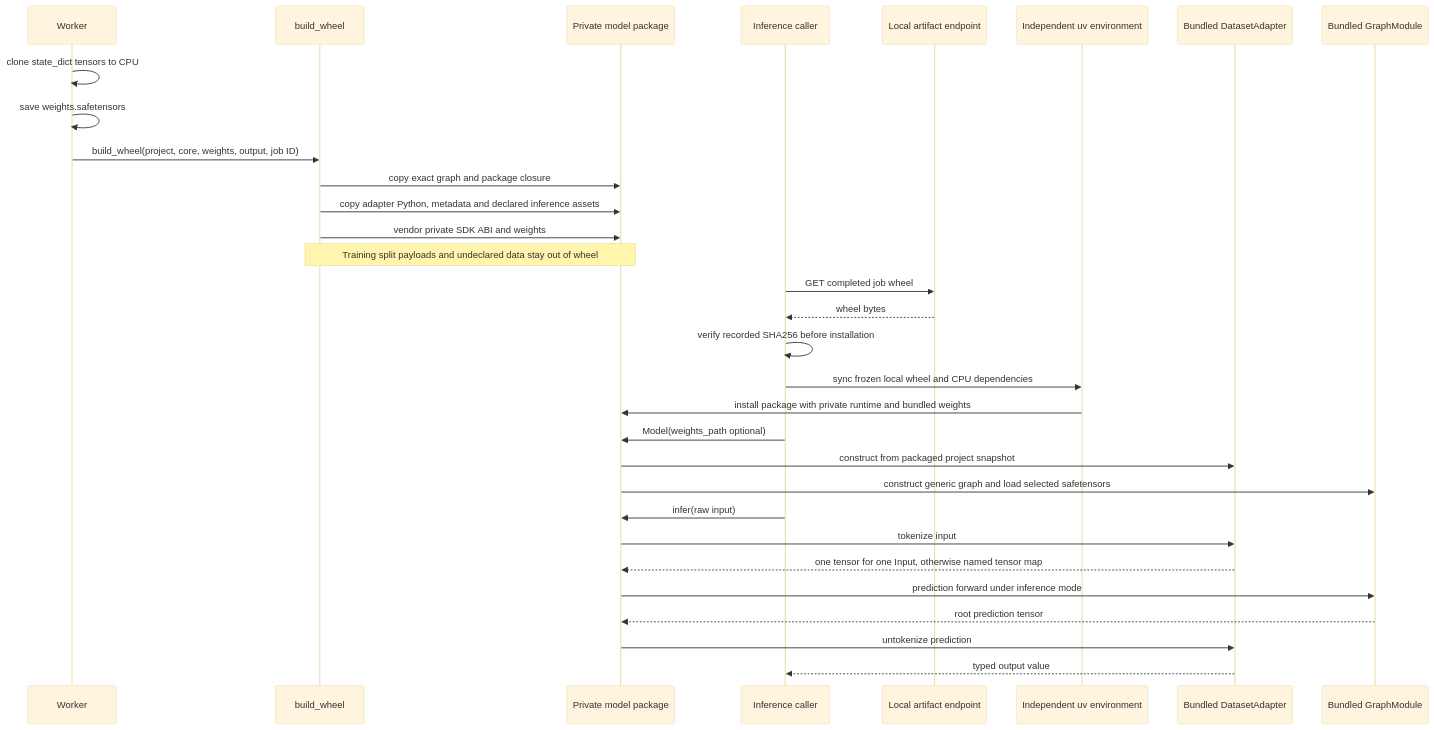
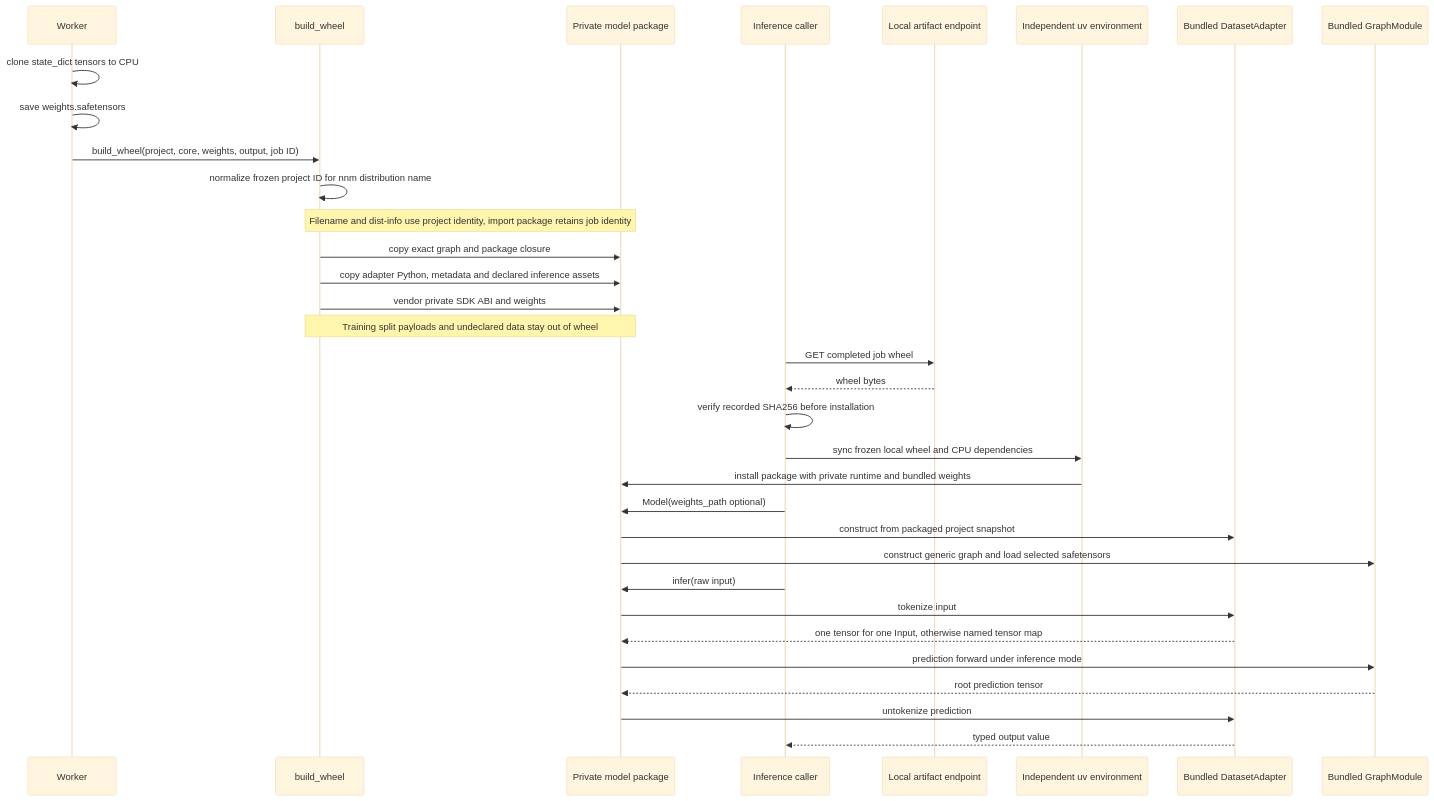
Before and after one commit to LucaSforza/nnmodelling-ui: the third of 3 diagrams in docs/knowledge/uml/sequences/python-runtime.md, drawn with Mermaid (base theme). The commit also changed 19 other files, not shown here.

Commit message:
feat: name model wheels after project IDs

````diff
--- a/docs/knowledge/uml/sequences/python-runtime.md
+++ b/docs/knowledge/uml/sequences/python-runtime.md
@@ -110,33 +110,35 @@
 ```mermaid
   sequenceDiagram
     participant Worker
     participant Runtime as build_wheel
     participant Wheel as Private model package
     participant User as Inference caller
     participant API as Local artifact endpoint
     participant UV as Independent uv environment
     participant Adapter as Bundled DatasetAdapter
     participant Graph as Bundled GraphModule
     Worker->>Worker: clone state_dict tensors to CPU
     Worker->>Worker: save weights.safetensors
     Worker->>Runtime: build_wheel(project, core, weights, output, job ID)
+    Runtime->>Runtime: normalize frozen project ID for nnm distribution name
+    Note over Runtime,Wheel: Filename and dist-info use project identity, import package retains job identity
     Runtime->>Wheel: copy exact graph and package closure
     Runtime->>Wheel: copy adapter Python, metadata and declared inference assets
     Runtime->>Wheel: vendor private SDK ABI and weights
     Note over Runtime,Wheel: Training split payloads and undeclared data stay out of wheel
     User->>API: GET completed job wheel
     API-->>User: wheel bytes
     User->>User: verify recorded SHA256 before installation
     User->>UV: sync frozen local wheel and CPU dependencies
     UV->>Wheel: install package with private runtime and bundled weights
     User->>Wheel: Model(weights_path optional)
     Wheel->>Adapter: construct from packaged project snapshot
     Wheel->>Graph: construct generic graph and load selected safetensors
     User->>Wheel: infer(raw input)
     Wheel->>Adapter: tokenize input
     Adapter-->>Wheel: one tensor for one Input, otherwise named tensor map
     Wheel->>Graph: prediction forward under inference mode
     Graph-->>Wheel: root prediction tensor
     Wheel->>Adapter: untokenize prediction
     Adapter-->>User: typed output value
 ```
````
